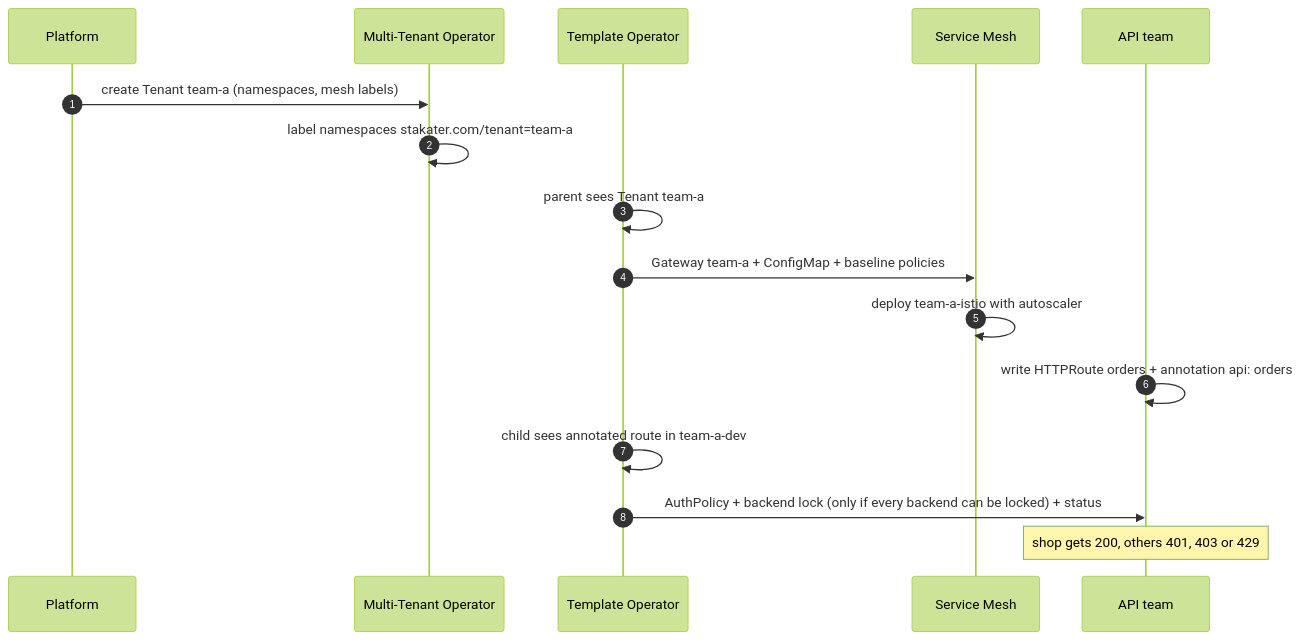
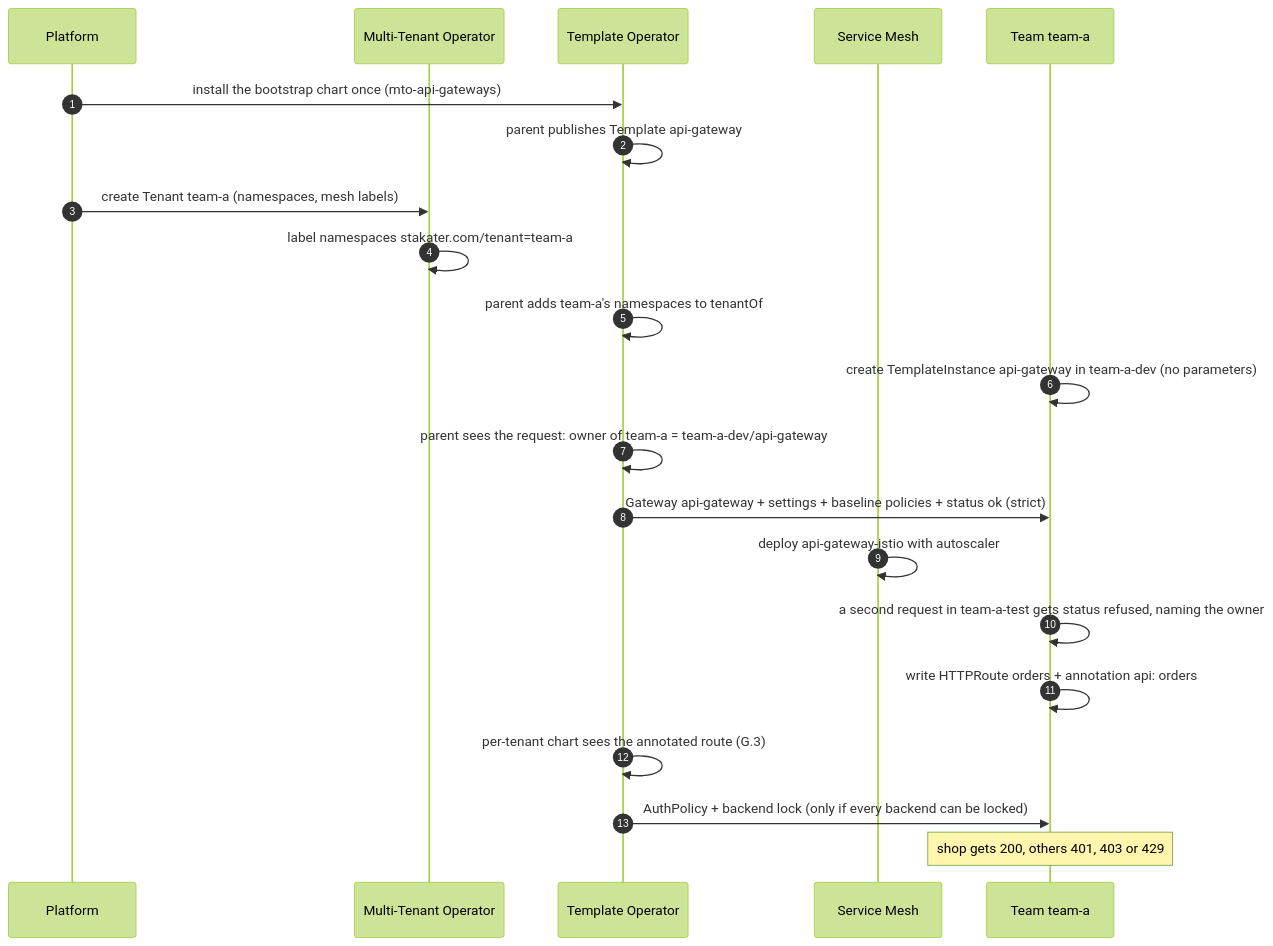
The fourth of 6 diagrams in docs/diagrams.md (stakater/mto-extension-api-gateway), drawn with Mermaid (forest theme) before and after one commit. The commit also changed other lines of this file and 46 other files, not shown here.

Commit message:
G.1: a gateway per tenant, on request; parameter list; ADR-0010, ADR-0011

````diff
--- a/docs/diagrams.md
+++ b/docs/diagrams.md
@@ -99,18 +104,23 @@
 ```mermaid
 sequenceDiagram
   autonumber
   participant P as Platform
   participant M as Multi-Tenant Operator
   participant T as Template Operator
   participant S as Service Mesh
-  participant D as API team
+  participant D as Team team-a
+  P->>T: install the bootstrap chart once (mto-api-gateways)
+  T->>T: parent publishes Template api-gateway
   P->>M: create Tenant team-a (namespaces, mesh labels)
   M->>M: label namespaces stakater.com/tenant=team-a
-  T->>T: parent sees Tenant team-a
-  T->>S: Gateway team-a + ConfigMap + baseline policies
-  S->>S: deploy team-a-istio with autoscaler
+  T->>T: parent adds team-a's namespaces to tenantOf
+  D->>D: create TemplateInstance api-gateway in team-a-dev (no parameters)
+  T->>T: parent sees the request: owner of team-a = team-a-dev/api-gateway
+  T->>D: Gateway api-gateway + settings + baseline policies + status ok (strict)
+  S->>S: deploy api-gateway-istio with autoscaler
+  D->>D: a second request in team-a-test gets status refused, naming the owner
   D->>D: write HTTPRoute orders + annotation api: orders
-  T->>T: child sees annotated route in team-a-dev
-  T->>D: AuthPolicy + backend lock (only if every backend can be locked) + status
+  T->>T: per-tenant chart sees the annotated route (G.3)
+  T->>D: AuthPolicy + backend lock (only if every backend can be locked)
   Note over D: shop gets 200, others 401, 403 or 429
 ```
````
